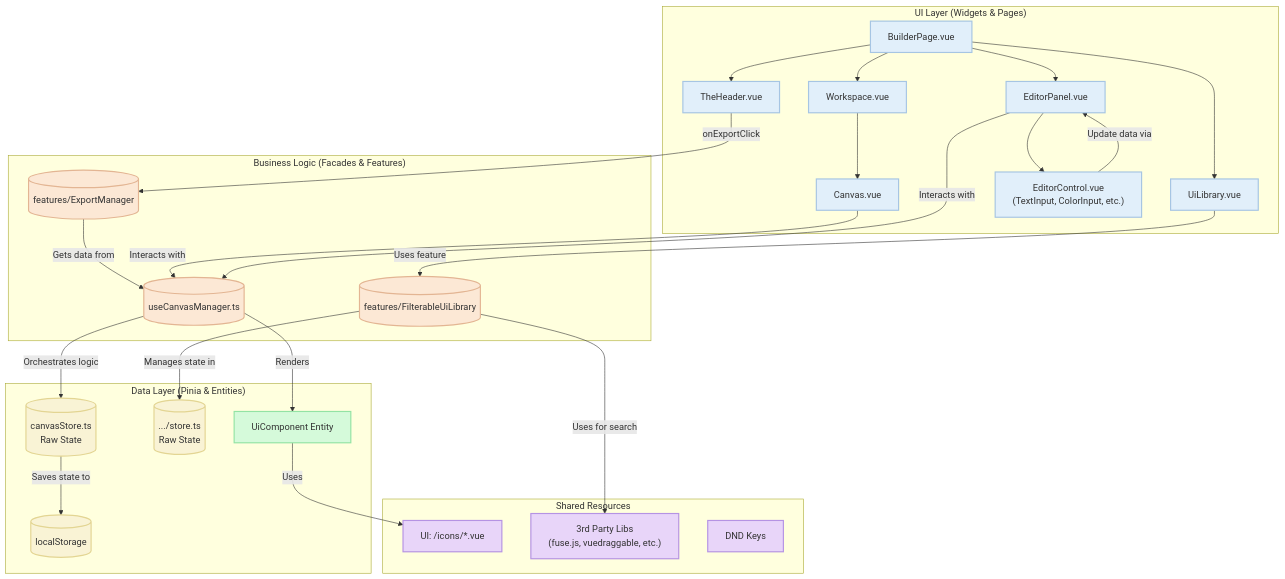
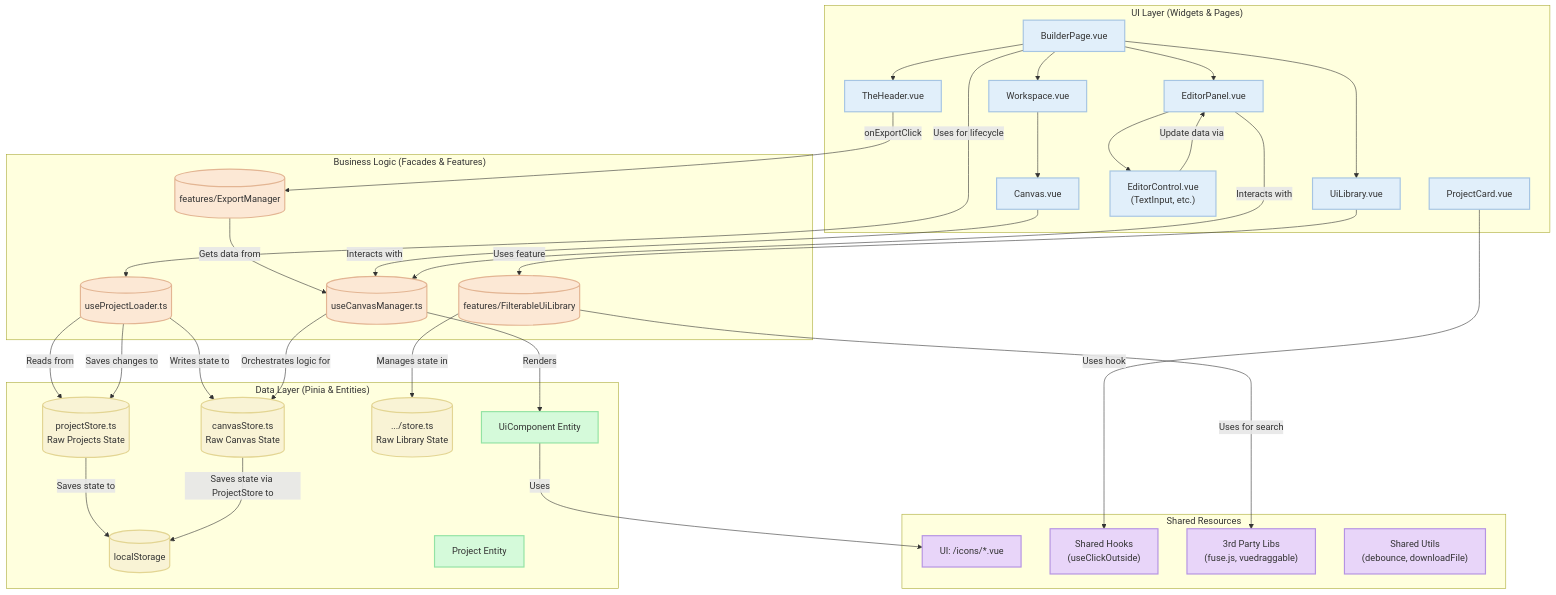
One commit to NIKIRIKI7/web_builder changed the diagram in README.md. Above: the diagram before and after it, drawn with Mermaid. The commit also changed other lines of this file and 17 other files, not shown here.

````diff
--- a/README.md
+++ b/README.md
@@ -7,67 +7,81 @@
 ```mermaid
 graph TD
     subgraph "UI Layer (Widgets & Pages)"
         Page[BuilderPage.vue]
         Header[TheHeader.vue]
         Library[UiLibrary.vue]
         Workspace[Workspace.vue]
         EditorPanel[EditorPanel.vue]
         Canvas[Canvas.vue]
-        EditorControls["EditorControl.vue <br/>(TextInput, ColorInput, etc.)"]
+        EditorControls["EditorControl.vue <br/>(TextInput, etc.)"]
+        ProjectCard[ProjectCard.vue]
 
         Page --> Header & Library & Workspace & EditorPanel
         Workspace --> Canvas
         EditorPanel --> EditorControls
     end
 
     subgraph "Business Logic (Facades & Features)"
         CanvasManager[("useCanvasManager.ts")]
+        ProjectLoader[("useProjectLoader.ts")]
         ExportManager[("features/ExportManager")]
         FilterableLibrary[("features/FilterableUiLibrary")]
     end
 
     subgraph "Data Layer (Pinia & Entities)"
-        CanvasStore[("canvasStore.ts <br/> Raw State")]
-        LibraryStore[(".../store.ts <br/> Raw State")]
+        CanvasStore[("canvasStore.ts <br/> Raw Canvas State")]
+        ProjectStore[("projectStore.ts <br/> Raw Projects State")]
+        LibraryStore[(".../store.ts <br/> Raw Library State")]
         Persist[("localStorage")]
-        UiComponent[UiComponent Entity]
+        ProjectEntity[Project Entity]
+        UiComponentEntity[UiComponent Entity]
     end
 
     subgraph "Shared Resources"
         SharedIcons[UI: /icons/*.vue]
-        SharedLibs["3rd Party Libs <br/> (fuse.js, vuedraggable, etc.)"]
-        SharedDnd["DND Keys"]
+        SharedHooks["Shared Hooks <br/> (useClickOutside)"]
+        SharedLibs["3rd Party Libs <br/> (fuse.js, vuedraggable)"]
+        SharedUtils["Shared Utils <br/> (debounce, downloadFile)"]
     end
 
     %% Interactions
+    Page -- "Uses for lifecycle" --> ProjectLoader
+    ProjectLoader -- "Reads from" --> ProjectStore
+    ProjectLoader -- "Writes state to" --> CanvasStore
+    ProjectLoader -- "Saves changes to" --> ProjectStore
+
     Header -- "onExportClick" --> ExportManager
     ExportManager -- "Gets data from" --> CanvasManager
     
     Library -- "Uses feature" --> FilterableLibrary
     FilterableLibrary -- "Manages state in" --> LibraryStore
     FilterableLibrary -- "Uses for search" --> SharedLibs
     
     Canvas -- "Interacts with" --> CanvasManager
     EditorPanel -- "Interacts with" --> CanvasManager
     EditorControls -- "Update data via" --> EditorPanel
     
-    CanvasManager -- "Orchestrates logic" --> CanvasStore
+    CanvasManager -- "Orchestrates logic for" --> CanvasStore
+    CanvasManager -- "Renders" --> UiComponentEntity
     
-    CanvasStore -- "Saves state to" --> Persist
+    ProjectCard -- "Uses hook" --> SharedHooks
+
+    ProjectStore -- "Saves state to" --> Persist
+    CanvasStore -- "Saves state via ProjectStore to" --> Persist
     
-    CanvasManager -- "Renders" --> UiComponent
-    UiComponent -- "Uses" --> SharedIcons
+    UiComponentEntity -- "Uses" --> SharedIcons
     
     %% Styling
     classDef widget fill:#e1effa,stroke:#a6c5e3,stroke-width:2px;
     classDef logic fill:#fce8d5,stroke:#e3b593,stroke-width:2px;
     classDef store fill:#f9f3d5,stroke:#e3d593,stroke-width:2px;
     classDef entity fill:#d5fada,stroke:#93e3a4,stroke-width:2px;
     classDef shared fill:#e8d5f9,stroke:#b593e3,stroke-width:2px;
     
-    class Page,Header,Library,Workspace,EditorPanel,Canvas,EditorControls widget;
-    class CanvasManager,ExportManager,FilterableLibrary logic;
-    class CanvasStore,LibraryStore,Persist store;
-    class UiComponent entity;
-    class SharedIcons,SharedLibs,SharedDnd shared;
+    class Page,Header,Library,Workspace,EditorPanel,Canvas,EditorControls,ProjectCard widget;
+    class CanvasManager,ExportManager,FilterableLibrary,ProjectLoader logic;
+    class CanvasStore,LibraryStore,ProjectStore,Persist store;
+    class ProjectEntity,UiComponentEntity entity;
+    class SharedIcons,SharedLibs,SharedUtils,SharedHooks shared;
+
 ```
````
